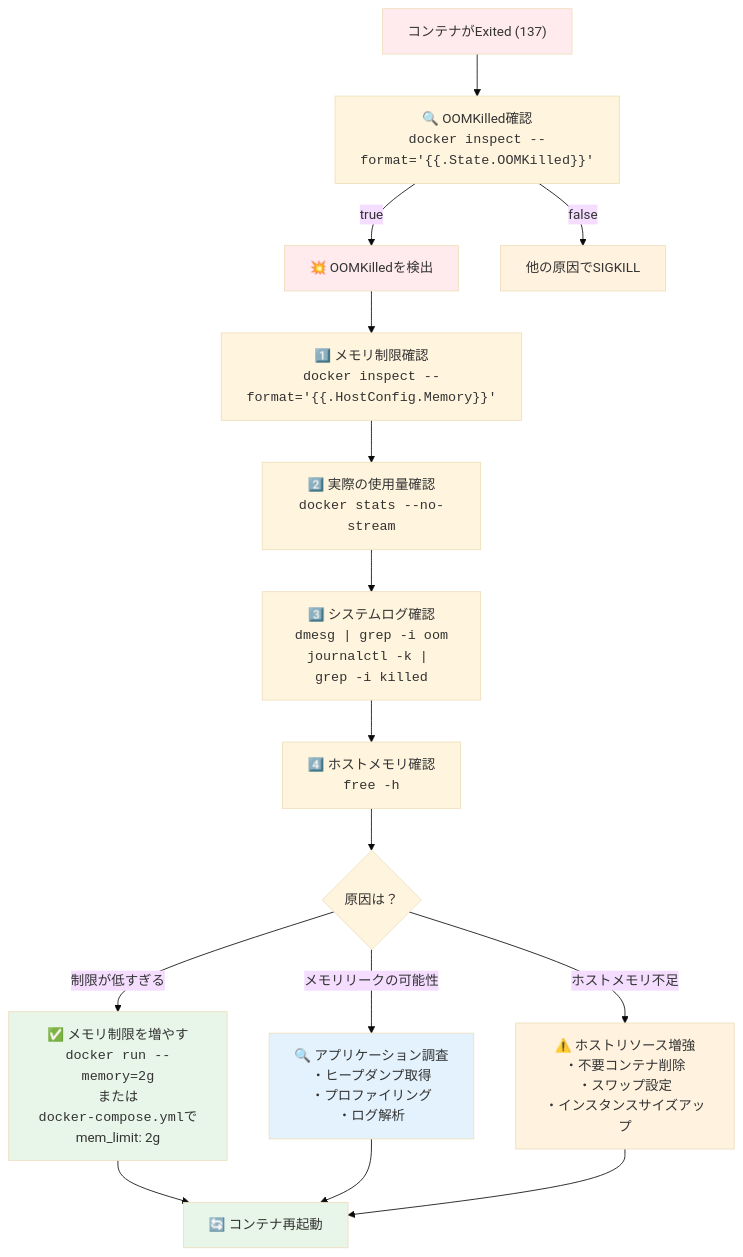
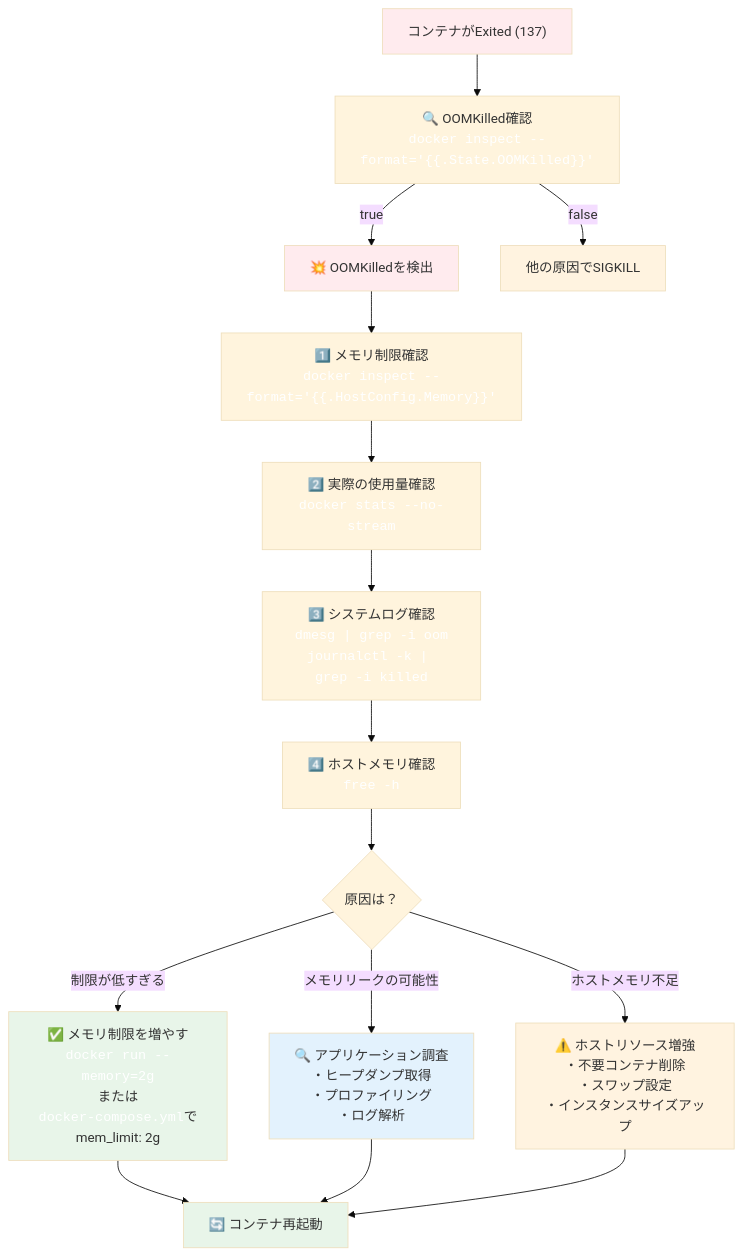
The fifth of 7 diagrams in content/posts/docker-troubleshooting-complete-guide.md (yasuhisa1984/blog), drawn with Mermaid (base theme) before and after one commit. The commit also changed other lines of this file, not shown here.

First line of the commit message:
style: Mermaid図内のコード表示を白文字に変更し可読性を向上

````diff
--- a/content/posts/docker-troubleshooting-complete-guide.md
+++ b/content/posts/docker-troubleshooting-complete-guide.md
@@ -454,30 +454,30 @@
 ```mermaid
 flowchart TB
-    Start["コンテナがExited (137)"] --> Check1["🔍 OOMKilled確認<br/><code>docker inspect --format='{{.State.OOMKilled}}'</code>"]
+    Start["コンテナがExited (137)"] --> Check1["🔍 OOMKilled確認<br/><code style='color: white'>docker inspect --format='{{.State.OOMKilled}}'</code>"]
 
     Check1 -->|true| OOM["💥 OOMKilledを検出"]
     Check1 -->|false| Other["他の原因でSIGKILL"]
 
-    OOM --> Step1["1️⃣ メモリ制限確認<br/><code>docker inspect --format='{{.HostConfig.Memory}}'</code>"]
-    Step1 --> Step2["2️⃣ 実際の使用量確認<br/><code>docker stats --no-stream</code>"]
-    Step2 --> Step3["3️⃣ システムログ確認<br/><code>dmesg | grep -i oom</code><br/><code>journalctl -k | grep -i killed</code>"]
-    Step3 --> Step4["4️⃣ ホストメモリ確認<br/><code>free -h</code>"]
+    OOM --> Step1["1️⃣ メモリ制限確認<br/><code style='color: white'>docker inspect --format='{{.HostConfig.Memory}}'</code>"]
+    Step1 --> Step2["2️⃣ 実際の使用量確認<br/><code style='color: white'>docker stats --no-stream</code>"]
+    Step2 --> Step3["3️⃣ システムログ確認<br/><code style='color: white'>dmesg | grep -i oom</code><br/><code style='color: white'>journalctl -k | grep -i killed</code>"]
+    Step3 --> Step4["4️⃣ ホストメモリ確認<br/><code style='color: white'>free -h</code>"]
 
     Step4 --> Analysis{原因は？}
 
-    Analysis -->|"制限が低すぎる"| Fix1["✅ メモリ制限を増やす<br/><code>docker run --memory=2g</code><br/>または<br/><code>docker-compose.yml</code>で<br/>mem_limit: 2g"]
+    Analysis -->|"制限が低すぎる"| Fix1["✅ メモリ制限を増やす<br/><code style='color: white'>docker run --memory=2g</code><br/>または<br/><code style='color: white'>docker-compose.yml</code>で<br/>mem_limit: 2g"]
     Analysis -->|"メモリリークの可能性"| Fix2["🔍 アプリケーション調査<br/>・ヒープダンプ取得<br/>・プロファイリング<br/>・ログ解析"]
     Analysis -->|"ホストメモリ不足"| Fix3["⚠️ ホストリソース増強<br/>・不要コンテナ削除<br/>・スワップ設定<br/>・インスタンスサイズアップ"]
 
     Fix1 --> Restart["🔄 コンテナ再起動"]
     Fix2 --> Restart
     Fix3 --> Restart
 
     style Start fill:#ffebee
     style OOM fill:#ffebee
     style Other fill:#fff3e0
     style Fix1 fill:#e8f5e9
     style Fix2 fill:#e3f2fd
     style Fix3 fill:#fff3e0
     style Restart fill:#e8f5e9
 ```
````
